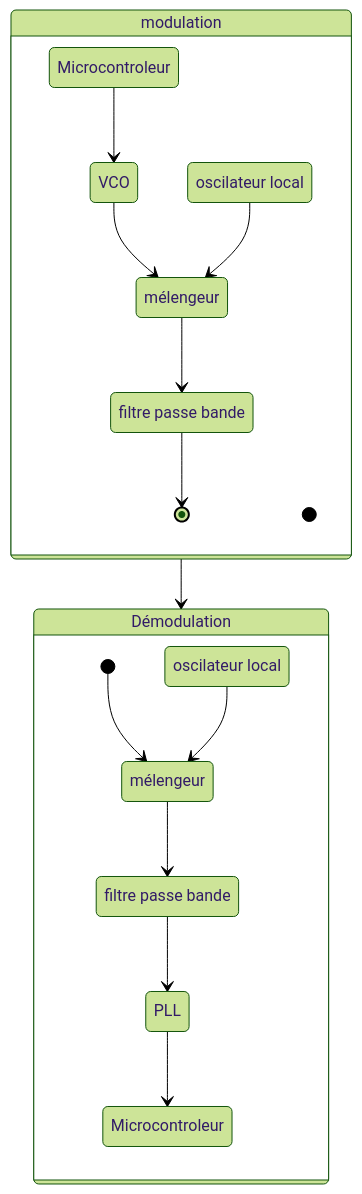
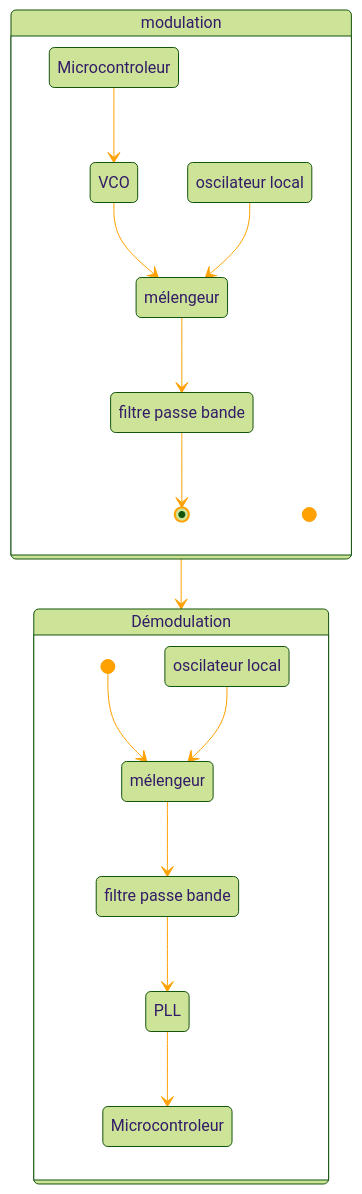
Before and after one commit to mg-mods/iut-lyon1-but-geii-sae-6: the diagram in HF/ReadMe.md, drawn with Mermaid.

Commit message:
changegement couleur ligne du schémas mermaid

````diff
--- a/HF/ReadMe.md
+++ b/HF/ReadMe.md
@@ -5,48 +5,49 @@
 ```mermaid
 ---
 config:
   theme: forest
   themeVariables:
-    primaryColor: "#00ff00"
+    lineColor: '#FFA100'
+
 ---
 
 stateDiagram
   direction TB
   state modulation {
     direction TB
     Mi1 --> V1
     V1 --> Me1
     Ol1 --> Me1
     Me1 --> PB1
     PB1 --> [*]
     Mi1
     V1
     Me1
     Ol1
     PB1
 [*]  }
   state Démodulation {
     direction TB
     [*] --> Me2
     Ol2 --> Me2
     Me2 --> PB2
     PB2 --> PLL
     PLL --> Mi2
     Me2
     Ol2
     PB2
     PLL
     Mi2
 [*]  }
   modulation --> Démodulation
   Mi1:Microcontroleur
   V1:VCO
   Me1:mélengeur
   Ol1:oscilateur local
   PB1:filtre passe bande
   Me2:mélengeur
   Ol2:oscilateur local
   PB2:filtre passe bande
   Mi2:Microcontroleur
 
   ```
````
